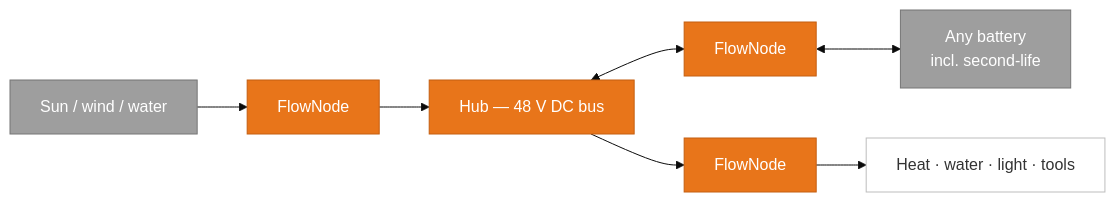
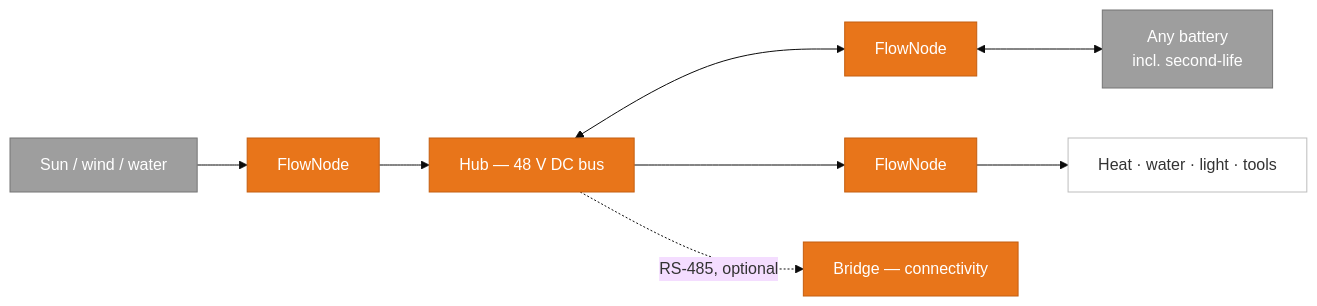
Before and after one commit to silojoule/.github: the diagram in profile/README.md, drawn with Mermaid (base theme). The commit also changed other lines of this file, not shown here.

````diff
--- a/profile/README.md
+++ b/profile/README.md
@@ -7,10 +7,11 @@
 ```mermaid
 flowchart LR
     classDef silojoule fill:#E8751A,color:#fff,stroke:#C45E10
     classDef thirdparty fill:#9E9E9E,color:#fff,stroke:#757575
     classDef consumer  fill:#ffffff,color:#333,stroke:#BDBDBD
 
     SRC["Sun / wind / water"]:::thirdparty --> FN1["FlowNode"]:::silojoule --> HUB["Hub — 48 V DC bus"]:::silojoule
     HUB <--> FN2["FlowNode"]:::silojoule <--> BAT["Any battery\nincl. second-life"]:::thirdparty
     HUB --> FN3["FlowNode"]:::silojoule --> LOAD["Heat · water · light · tools"]:::consumer
+    HUB -.->|"RS-485, optional"| BRIDGE["Bridge — connectivity"]:::silojoule
 ```
````
